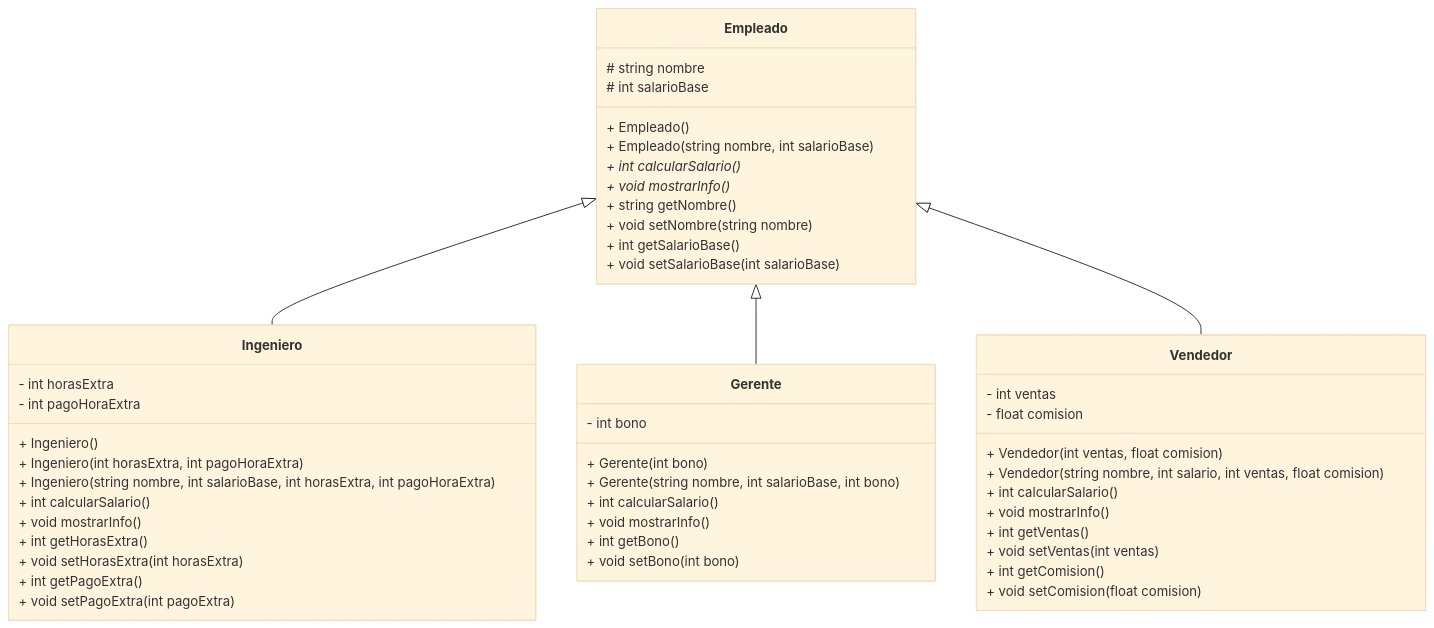
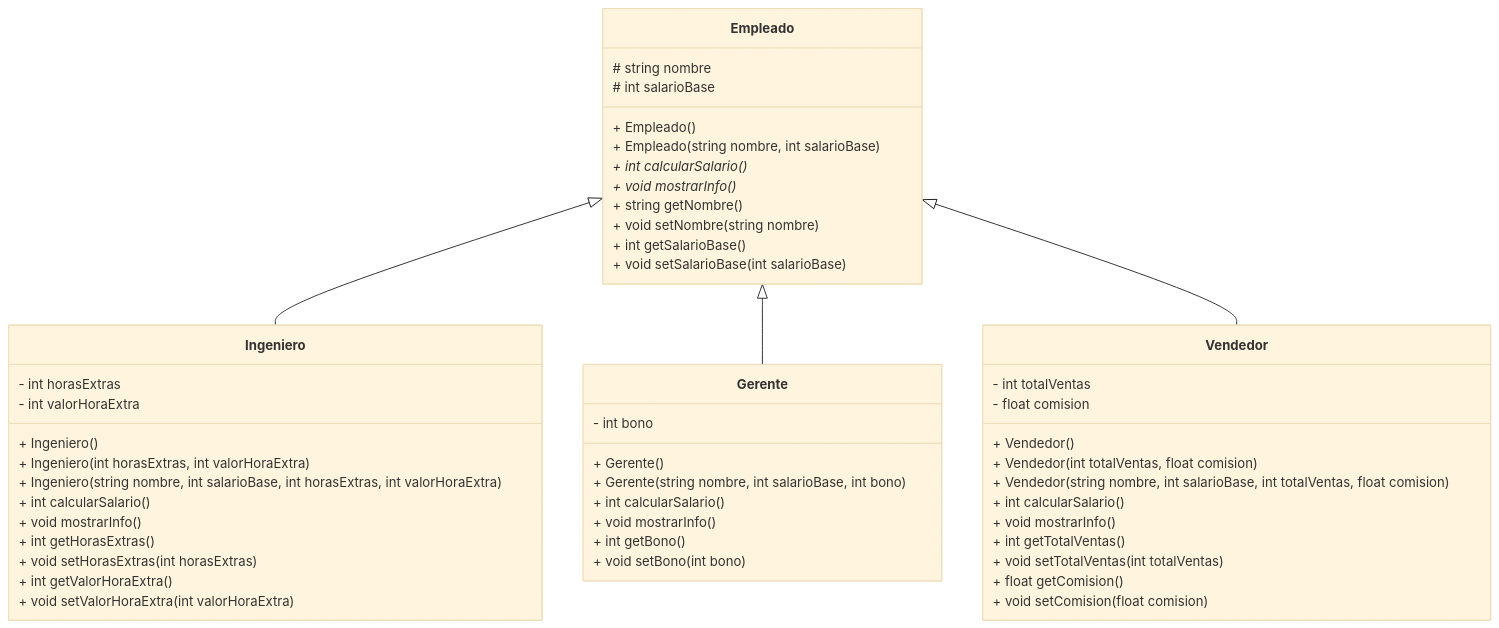
Before and after one commit to yoanpinzon/POO: the diagram in clase23ago.md, drawn with Mermaid (base theme). The commit also changed other lines of this file, not shown here.

````diff
--- a/clase23ago.md
+++ b/clase23ago.md
@@ -5,56 +5,57 @@
 ```mermaid
 classDiagram
     class Empleado {
         # string nombre
         # int salarioBase
         + Empleado()
         + Empleado(string nombre, int salarioBase)
         + int calcularSalario()*
         + void mostrarInfo()*
         + string getNombre()
         + void setNombre(string nombre)
         + int getSalarioBase()
         + void setSalarioBase(int salarioBase)
     }
 
     class Gerente {
         - int bono
-        + Gerente(int bono)
+        + Gerente()
         + Gerente(string nombre, int salarioBase, int bono)
         + int calcularSalario()
         + void mostrarInfo()
         + int getBono()
         + void setBono(int bono)
     }
 
     class Ingeniero {
-        - int horasExtra
-        - int pagoHoraExtra
+        - int horasExtras
+        - int valorHoraExtra
         + Ingeniero()
-        + Ingeniero(int horasExtra, int pagoHoraExtra)
-        + Ingeniero(string nombre, int salarioBase, int horasExtra, int pagoHoraExtra)
+        + Ingeniero(int horasExtras, int valorHoraExtra)
+        + Ingeniero(string nombre, int salarioBase, int horasExtras, int valorHoraExtra)
         + int calcularSalario()
         + void mostrarInfo()
-        + int getHorasExtra()
-        + void setHorasExtra(int horasExtra)
-        + int getPagoExtra()
-        + void setPagoExtra(int pagoExtra)
+        + int getHorasExtras()
+        + void setHorasExtras(int horasExtras)
+        + int getValorHoraExtra()
+        + void setValorHoraExtra(int valorHoraExtra)
     }
 
     class Vendedor {
-        - int ventas
+        - int totalVentas
         - float comision
-        + Vendedor(int ventas, float comision)
-        + Vendedor(string nombre, int salario, int ventas, float comision)
+        + Vendedor()
+        + Vendedor(int totalVentas, float comision)
+        + Vendedor(string nombre, int salarioBase, int totalVentas, float comision)
         + int calcularSalario()
         + void mostrarInfo()
-        + int getVentas()
-        + void setVentas(int ventas)
-        + int getComision()
+        + int getTotalVentas()
+        + void setTotalVentas(int totalVentas)
+        + float getComision()
         + void setComision(float comision)
     }
 
     Empleado <|-- Ingeniero
     Empleado <|-- Gerente
     Empleado <|-- Vendedor
 ```
````
